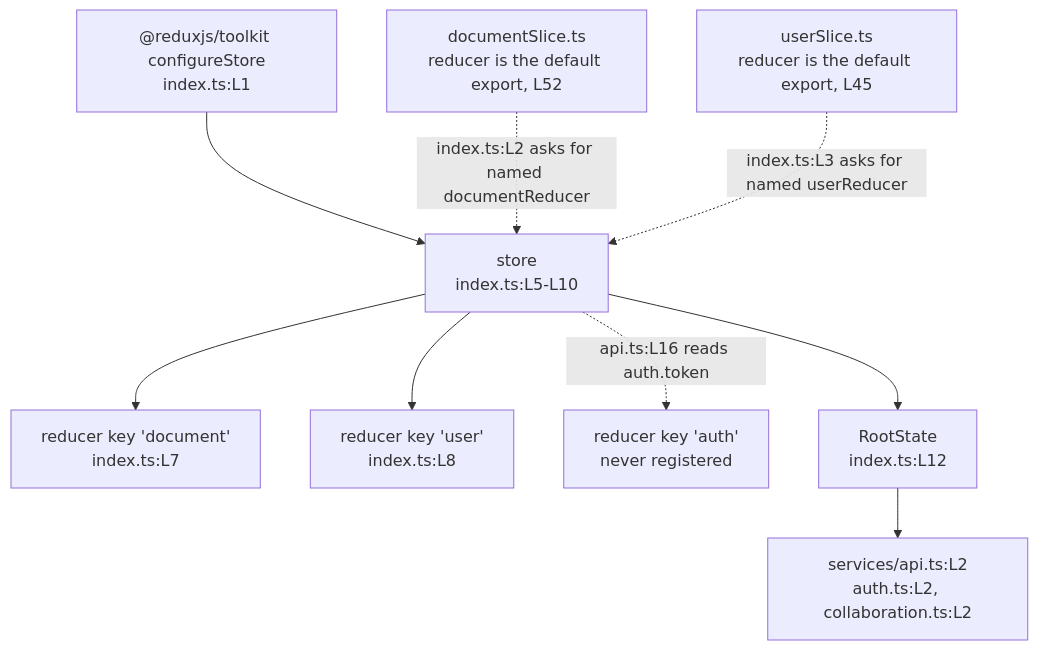
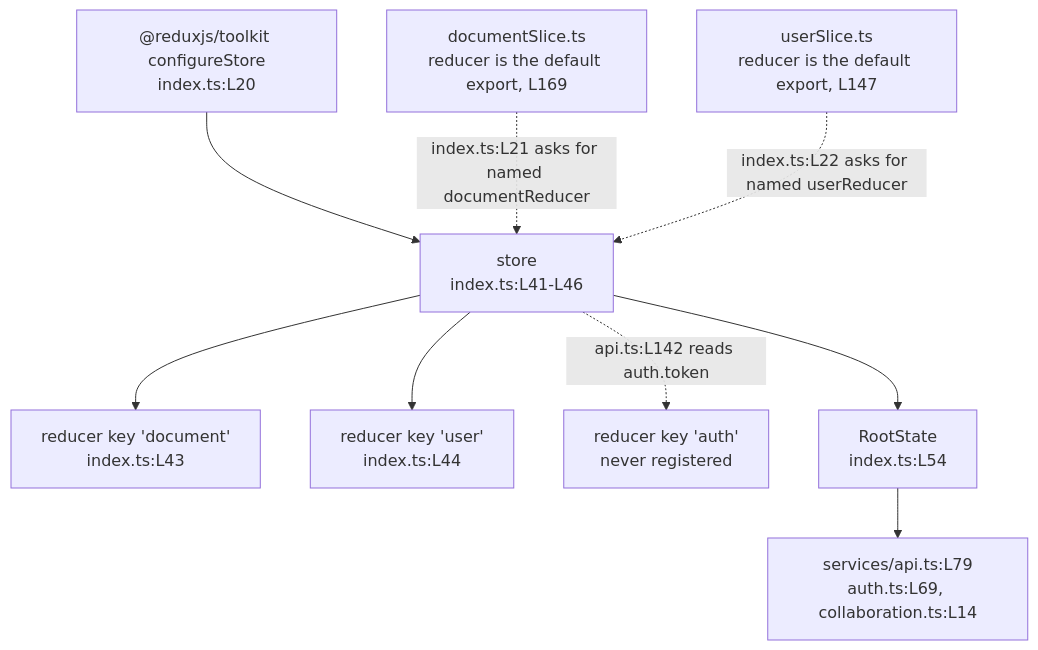
One commit to blitzy-public-samples/microsoft-word-u33ko0 changed the diagram in frontend/src/store/README.md. Above: the diagram before and after it, drawn with Mermaid. The commit also changed other lines of this file and 53 other files, not shown here.

````diff
--- a/frontend/src/store/README.md
+++ b/frontend/src/store/README.md
@@ -108,14 +110,14 @@
 ```mermaid
 graph TD
-    RTK["@reduxjs/toolkit configureStore<br/>index.ts:L1"] --> STORE["store<br/>index.ts:L5-L10"]
-    DSLICE["documentSlice.ts<br/>reducer is the default export, L52"]
-    USLICE["userSlice.ts<br/>reducer is the default export, L45"]
-    DSLICE -.->|"index.ts:L2 asks for named documentReducer"| STORE
-    USLICE -.->|"index.ts:L3 asks for named userReducer"| STORE
-    STORE --> DKEY["reducer key 'document'<br/>index.ts:L7"]
-    STORE --> UKEY["reducer key 'user'<br/>index.ts:L8"]
-    STORE -.->|"api.ts:L16 reads auth.token"| AKEY["reducer key 'auth'<br/>never registered"]
-    STORE --> RS["RootState<br/>index.ts:L12"]
-    RS --> SVC["services/api.ts:L2<br/>auth.ts:L2, collaboration.ts:L2"]
+    RTK["@reduxjs/toolkit configureStore<br/>index.ts:L20"] --> STORE["store<br/>index.ts:L41-L46"]
+    DSLICE["documentSlice.ts<br/>reducer is the default export, L169"]
+    USLICE["userSlice.ts<br/>reducer is the default export, L147"]
+    DSLICE -.->|"index.ts:L21 asks for named documentReducer"| STORE
+    USLICE -.->|"index.ts:L22 asks for named userReducer"| STORE
+    STORE --> DKEY["reducer key 'document'<br/>index.ts:L43"]
+    STORE --> UKEY["reducer key 'user'<br/>index.ts:L44"]
+    STORE -.->|"api.ts:L142 reads auth.token"| AKEY["reducer key 'auth'<br/>never registered"]
+    STORE --> RS["RootState<br/>index.ts:L54"]
+    RS --> SVC["services/api.ts:L79<br/>auth.ts:L69, collaboration.ts:L14"]
 %% Dashed edges mark unresolved imports and a reducer key the store never registers
 ```
````
